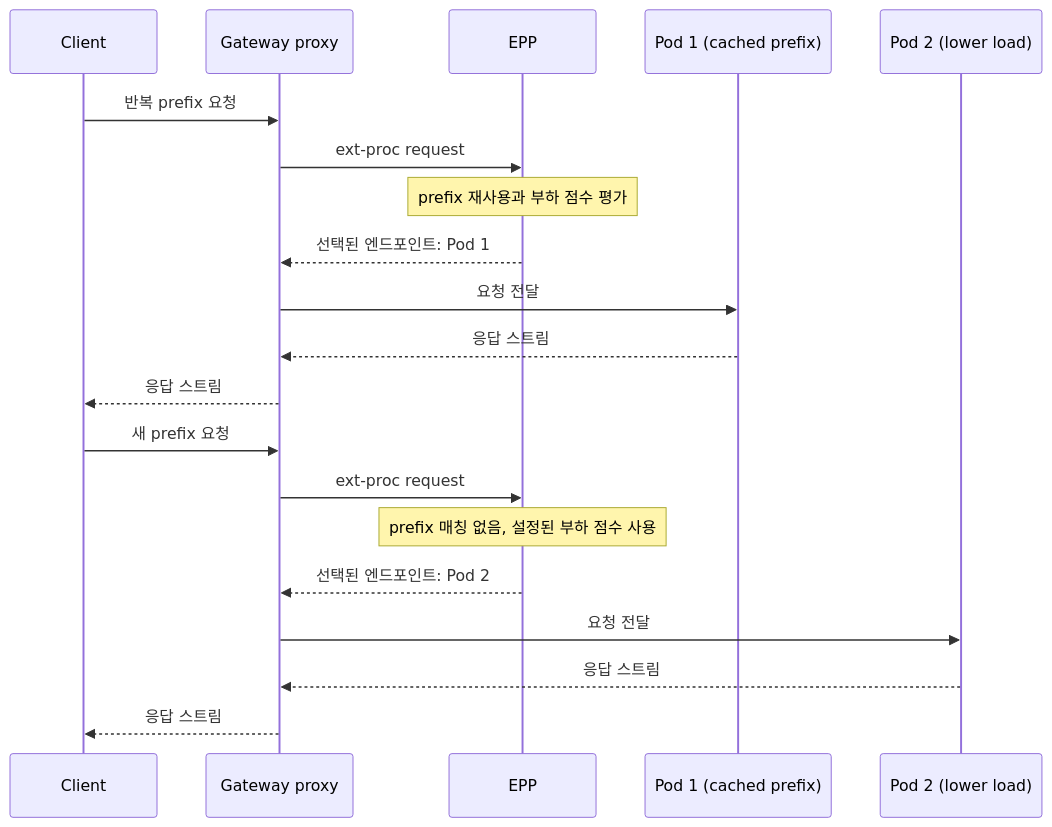
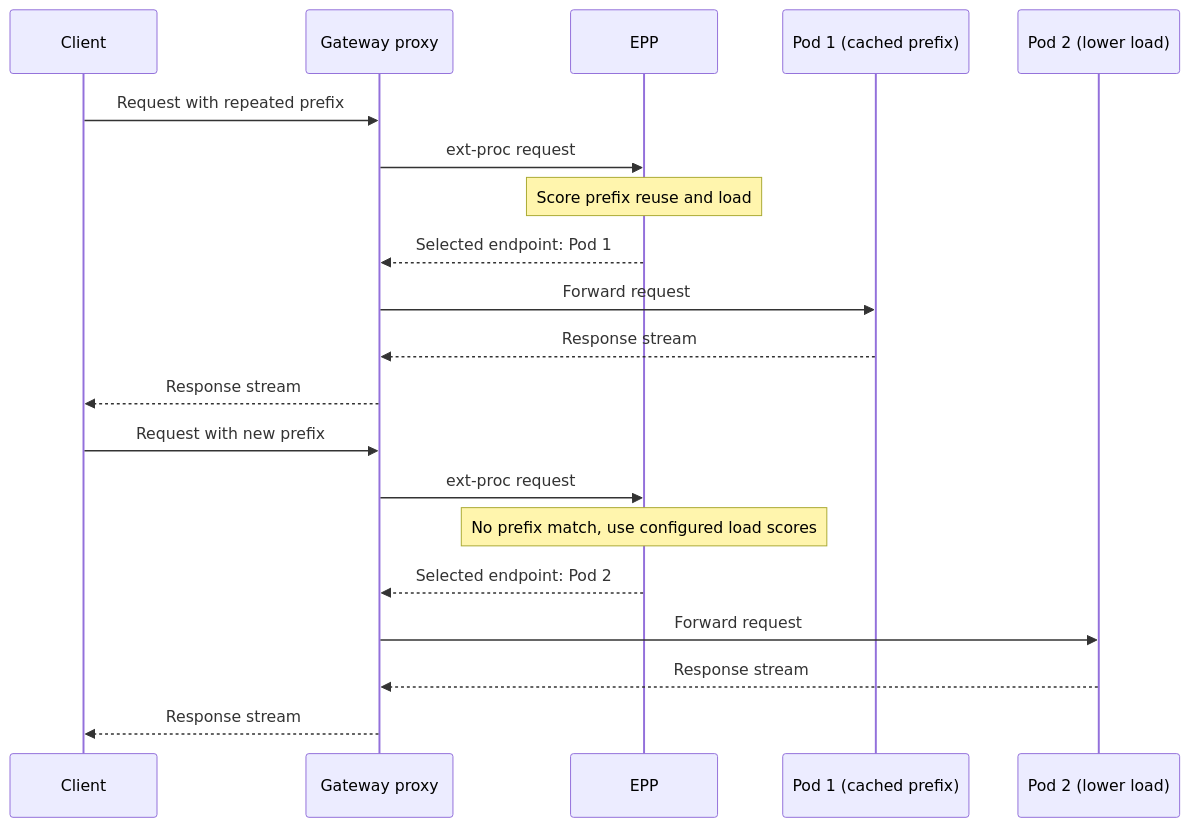
Before and after one commit to devfloor9/engineering-playbook: the second of 3 diagrams in docs/agentic-ai-platform/model-serving/inference-optimization/kv-cache-optimization.md, drawn with Mermaid. The commit also changed other lines of this file and 954 other files, not shown here.

````diff
--- a/docs/agentic-ai-platform/model-serving/inference-optimization/kv-cache-optimization.md
+++ b/docs/agentic-ai-platform/model-serving/inference-optimization/kv-cache-optimization.md
@@ -119,22 +119,22 @@
 ```mermaid
 sequenceDiagram
     participant C as Client
     participant GW as Gateway proxy
     participant E as EPP
     participant P1 as Pod 1 (cached prefix)
     participant P2 as Pod 2 (lower load)
-    C->>GW: 반복 prefix 요청
+    C->>GW: Request with repeated prefix
     GW->>E: ext-proc request
-    Note over E: prefix 재사용과 부하 점수 평가
-    E-->>GW: 선택된 엔드포인트: Pod 1
-    GW->>P1: 요청 전달
-    P1-->>GW: 응답 스트림
-    GW-->>C: 응답 스트림
-    C->>GW: 새 prefix 요청
+    Note over E: Score prefix reuse and load
+    E-->>GW: Selected endpoint: Pod 1
+    GW->>P1: Forward request
+    P1-->>GW: Response stream
+    GW-->>C: Response stream
+    C->>GW: Request with new prefix
     GW->>E: ext-proc request
-    Note over E: prefix 매칭 없음, 설정된 부하 점수 사용
-    E-->>GW: 선택된 엔드포인트: Pod 2
-    GW->>P2: 요청 전달
-    P2-->>GW: 응답 스트림
-    GW-->>C: 응답 스트림
+    Note over E: No prefix match, use configured load scores
+    E-->>GW: Selected endpoint: Pod 2
+    GW->>P2: Forward request
+    P2-->>GW: Response stream
+    GW-->>C: Response stream
 ```
````
